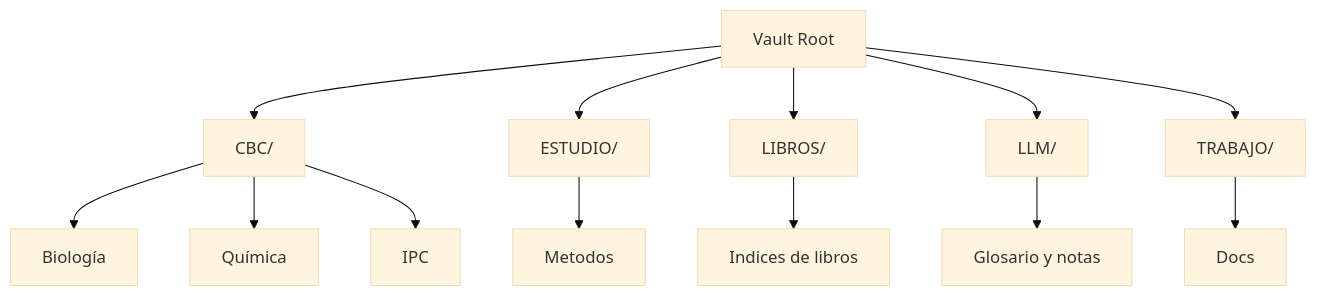
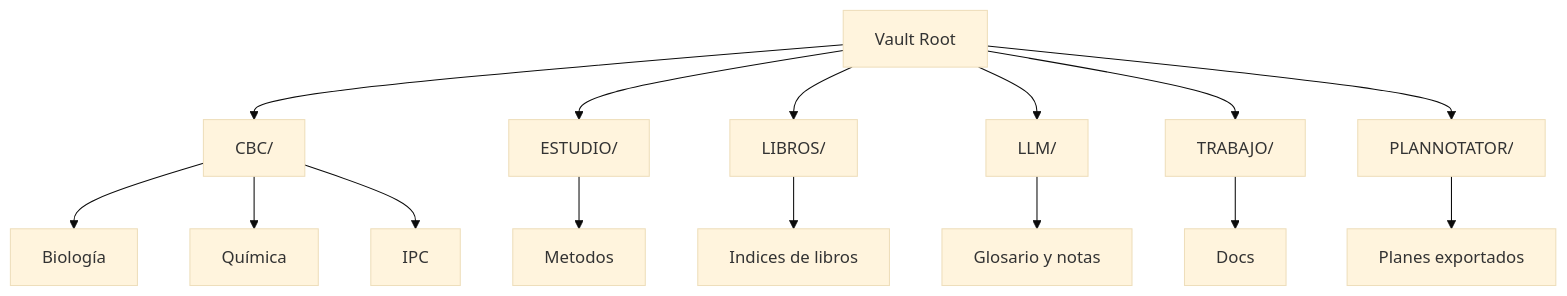
One commit to Igabr13l/obsidian-vault changed the diagram in AGENTS.md. Above: the diagram before and after it, drawn with Mermaid (base theme). The commit also changed other lines of this file and 9 other files, not shown here.

````diff
--- a/AGENTS.md
+++ b/AGENTS.md
@@ -17,16 +18,18 @@
 ```mermaid
 graph TD
     Root[Vault Root] --> CBC[CBC/]
     Root --> EST[ESTUDIO/]
     Root --> LIB[LIBROS/]
     Root --> LLM[LLM/]
     Root --> JOB[TRABAJO/]
+    Root --> PLA[PLANNOTATOR/]
     
     CBC --> BIO[Biología]
     CBC --> QUI[Química]
     CBC --> IPC[IPC]
     EST --> MET[Metodos]
     LIB --> RE[Indices de libros]
     LLM --> GLO[Glosario y notas]
     JOB --> DOC[Docs]
+    PLA --> EXP[Planes exportados]
 ```
````
